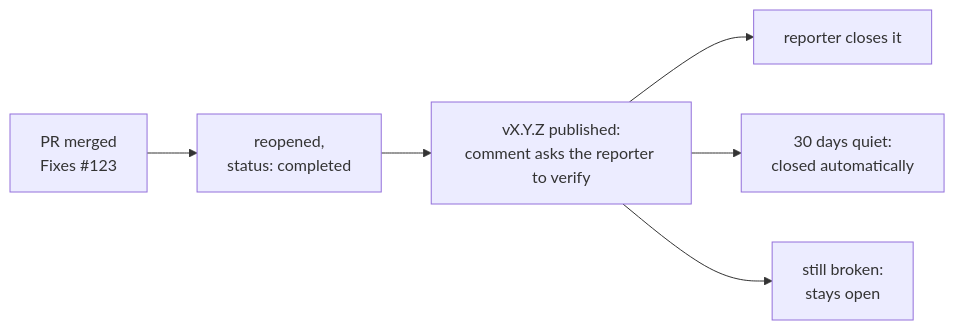
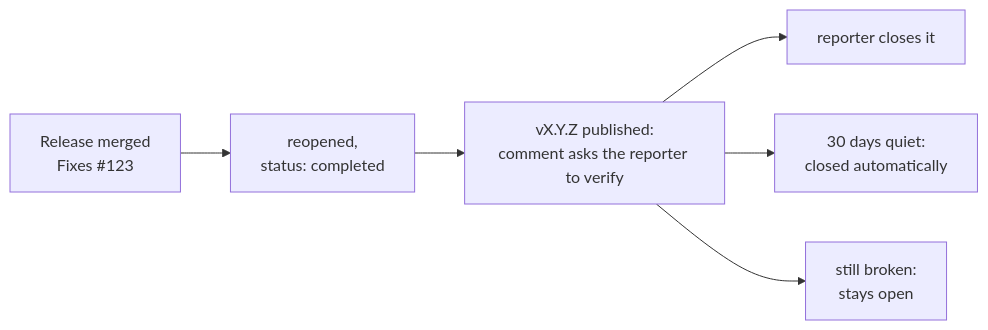
One commit to oliverbravery/PrintGuard changed the diagram in CONTRIBUTING.md. Above: the diagram before and after it, drawn with Mermaid. The commit also changed other lines of this file, not shown here.

Commit message:
Describe release branches and the full adapter contract in CONTRIBUTING

````diff
--- a/CONTRIBUTING.md
+++ b/CONTRIBUTING.md
@@ -275,8 +309,8 @@
 ```mermaid
 flowchart LR
-    merge["PR merged<br/>Fixes #123"] --> reopen["reopened,<br/>status: completed"]
+    merge["Release merged<br/>Fixes #123"] --> reopen["reopened,<br/>status: completed"]
     reopen --> notify["vX.Y.Z published:<br/>comment asks the reporter to verify"]
     notify --> confirmed["reporter closes it"]
     notify --> quiet["30 days quiet:<br/>closed automatically"]
     notify --> more["still broken:<br/>stays open"]
 ```
````
